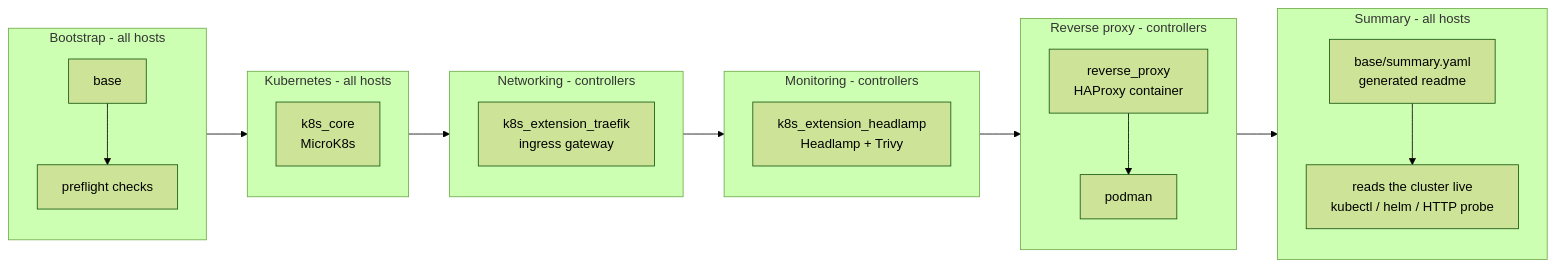
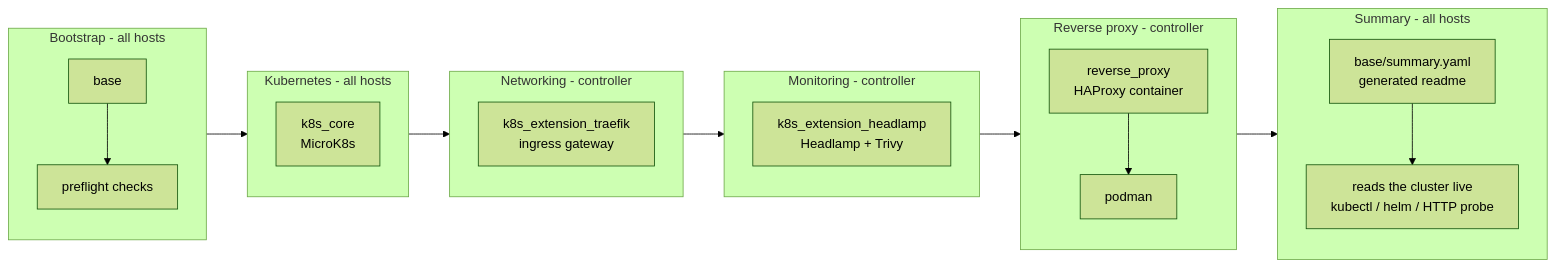
One commit to this-oliver/homelab changed the first of 6 diagrams in docs/architecture.md. Above: the diagram before and after it, drawn with Mermaid (forest theme). The commit also changed other lines of this file and 13 other files, not shown here.

````diff
--- a/docs/architecture.md
+++ b/docs/architecture.md
@@ -17,34 +17,34 @@
 ```mermaid
 flowchart LR
     subgraph P1[Bootstrap - all hosts]
         base[base]
         preflight[preflight checks]
         base --> preflight
     end
 
     subgraph P2[Kubernetes - all hosts]
         core[k8s_core<br/>MicroK8s]
     end
 
-    subgraph P3[Networking - controllers]
+    subgraph P3[Networking - controller]
         traefik[k8s_extension_traefik<br/>ingress gateway]
     end
 
-    subgraph P4[Monitoring - controllers]
+    subgraph P4[Monitoring - controller]
         headlamp[k8s_extension_headlamp<br/>Headlamp + Trivy]
     end
 
-    subgraph P5[Reverse proxy - controllers]
+    subgraph P5[Reverse proxy - controller]
         haproxy[reverse_proxy<br/>HAProxy container]
         podman[podman]
         haproxy --> podman
     end
 
     subgraph P6[Summary - all hosts]
         summary[base/summary.yaml<br/>generated readme]
         query[reads the cluster live<br/>kubectl / helm / HTTP probe]
         summary --> query
     end
 
     P1 --> P2 --> P3 --> P4 --> P5 --> P6
 ```
````
